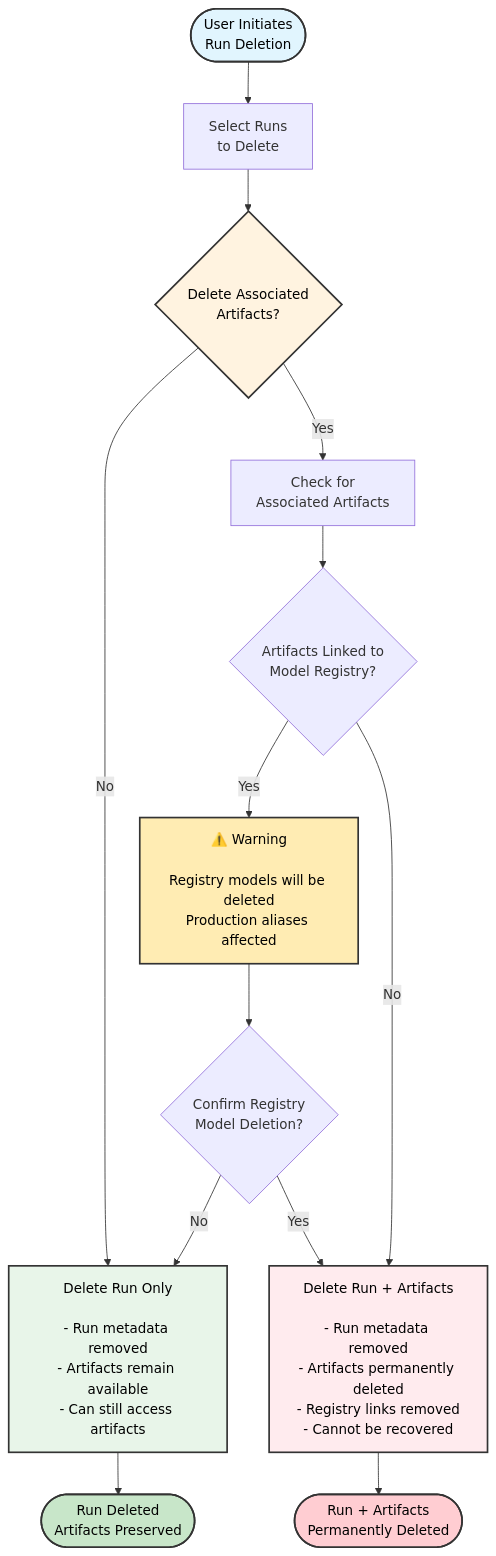
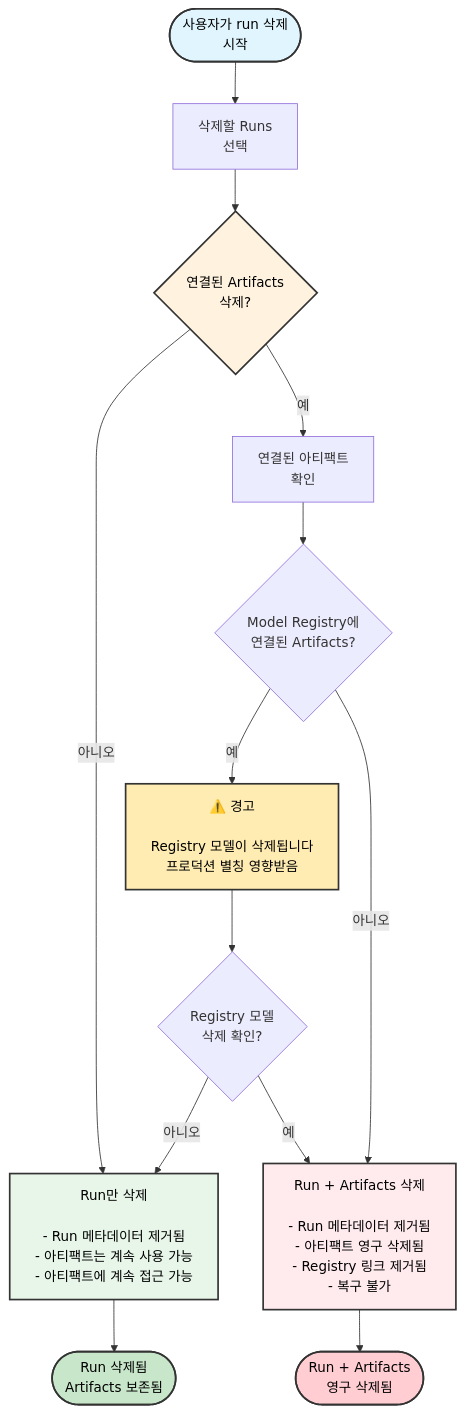
Before and after one commit to wandb/docs: the diagram in ko/models/runs/delete-runs.mdx, drawn with Mermaid. The commit also changed other lines of this file and 890 other files, not shown here.

````diff
--- a/ko/models/runs/delete-runs.mdx
+++ b/ko/models/runs/delete-runs.mdx
@@ -28,31 +28,31 @@
 ```mermaid
 graph TB
-    Start([User Initiates<br/>Run Deletion]) --> RunSelect[Select Runs<br/>to Delete]
+    Start([사용자가 run 삭제<br/>시작]) --> RunSelect[삭제할 Runs<br/>선택]
     
-    RunSelect --> DeletePrompt{Delete Associated<br/>Artifacts?}
+    RunSelect --> DeletePrompt{연결된 Artifacts<br/>삭제?}
     
-    DeletePrompt -->|No| DeleteRunOnly[Delete Run Only<br/><br/>- Run metadata removed<br/>- Artifacts remain available<br/>- Can still access artifacts]
+    DeletePrompt -->|아니오| DeleteRunOnly[Run만 삭제<br/><br/>- Run 메타데이터 제거됨<br/>- 아티팩트는 계속 사용 가능<br/>- 아티팩트에 계속 접근 가능]
     
-    DeletePrompt -->|Yes| CheckArtifacts[Check for<br/>Associated Artifacts]
+    DeletePrompt -->|예| CheckArtifacts[연결된 아티팩트<br/>확인]
     
-    CheckArtifacts --> HasRegistry{Artifacts Linked to<br/>Model Registry?}
+    CheckArtifacts --> HasRegistry{Model Registry에<br/>연결된 Artifacts?}
     
-    HasRegistry -->|Yes| RegistryWarning[⚠️ Warning<br/><br/>Registry models will be deleted<br/>Production aliases affected]
-    HasRegistry -->|No| DirectDelete
+    HasRegistry -->|예| RegistryWarning[⚠️ 경고<br/><br/>Registry 모델이 삭제됩니다<br/>프로덕션 별칭 영향받음]
+    HasRegistry -->|아니오| DirectDelete
     
-    RegistryWarning --> ConfirmRegistry{Confirm Registry<br/>Model Deletion?}
+    RegistryWarning --> ConfirmRegistry{Registry 모델<br/>삭제 확인?}
     
-    ConfirmRegistry -->|No| DeleteRunOnly
-    ConfirmRegistry -->|Yes| DirectDelete[Delete Run + Artifacts<br/><br/>- Run metadata removed<br/>- Artifacts permanently deleted<br/>- Registry links removed<br/>- Cannot be recovered]
+    ConfirmRegistry -->|아니오| DeleteRunOnly
+    ConfirmRegistry -->|예| DirectDelete[Run + Artifacts 삭제<br/><br/>- Run 메타데이터 제거됨<br/>- 아티팩트 영구 삭제됨<br/>- Registry 링크 제거됨<br/>- 복구 불가]
     
-    DeleteRunOnly --> PartialEnd([Run Deleted<br/>Artifacts Preserved])
-    DirectDelete --> FullEnd([Run + Artifacts<br/>Permanently Deleted])
+    DeleteRunOnly --> PartialEnd([Run 삭제됨<br/>Artifacts 보존됨])
+    DirectDelete --> FullEnd([Run + Artifacts<br/>영구 삭제됨])
     
     style Start fill:#e1f5fe,stroke:#333,stroke-width:2px,color:#000
     style DeletePrompt fill:#fff3e0,stroke:#333,stroke-width:2px,color:#000
     style RegistryWarning fill:#ffecb3,stroke:#333,stroke-width:2px,color:#000
     style DirectDelete fill:#ffebee,stroke:#333,stroke-width:2px,color:#000
     style DeleteRunOnly fill:#e8f5e9,stroke:#333,stroke-width:2px,color:#000
     style PartialEnd fill:#c8e6c9,stroke:#333,stroke-width:2px,color:#000
     style FullEnd fill:#ffcdd2,stroke:#333,stroke-width:2px,color:#000
 ```
````
